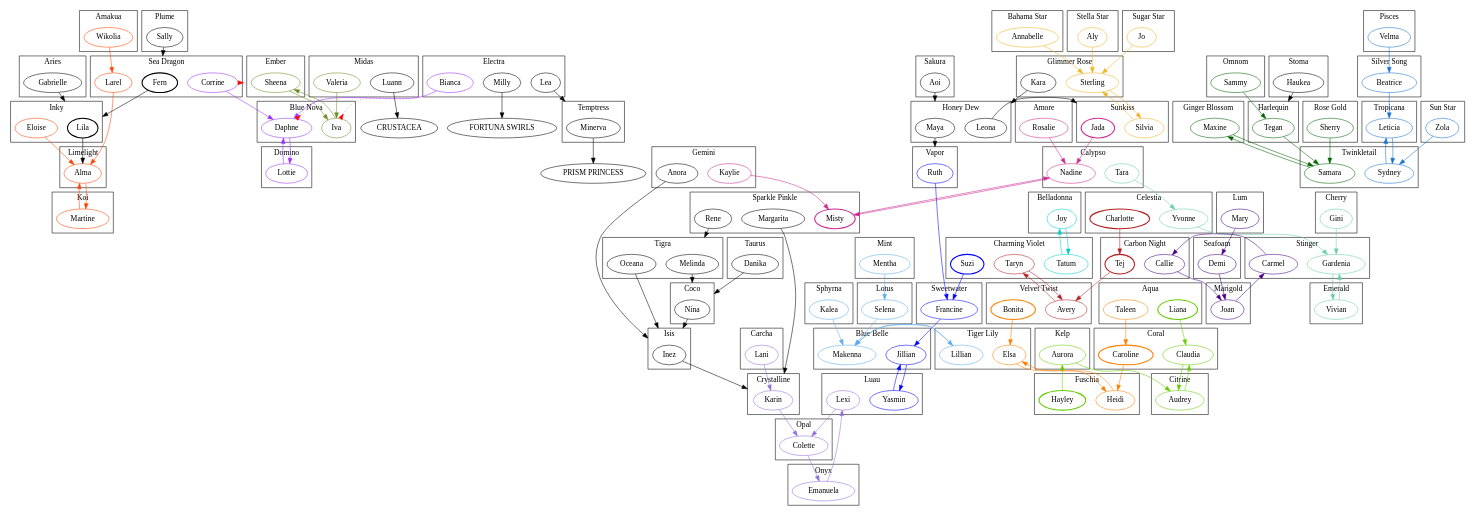
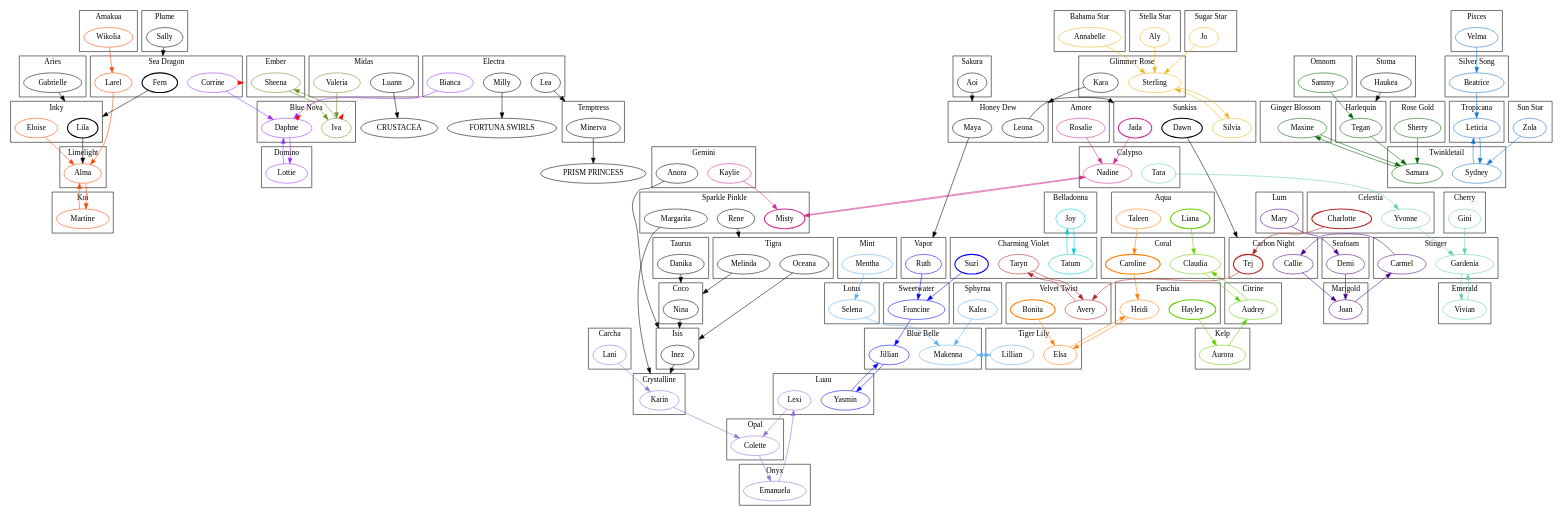
One commit to besslwalker/crowdstar-graphs changed the diagram in Mermaids.dot. Above: the diagram before and after it, drawn with Graphviz.

Commit message:
Adds Dawn, a candidate gilded Sunkiss mermaid

```diff
--- a/Mermaids.dot
+++ b/Mermaids.dot
@@ -384,9 +384,11 @@
         label = Sunkiss;
         Silvia [color = goldenrod2];
         Jada [style = bold color = maroon3];
+        Dawn [style = bold];
     }
     Silvia -> Sterling [color = goldenrod2];
     Jada -> Nadine [color = maroon3];
+    Dawn -> Tej [lhead = clusterCarbonNight];
     
     subgraph clusterSunStar {
         label = "Sun Star";
```
